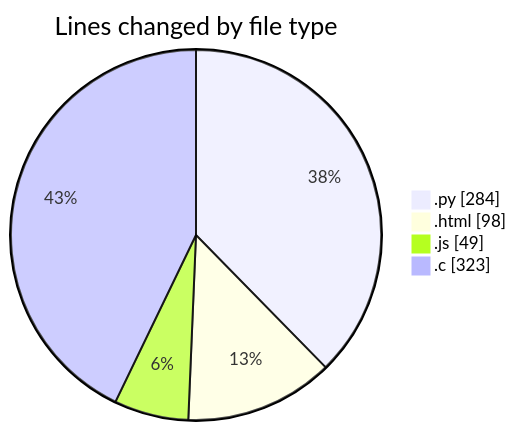
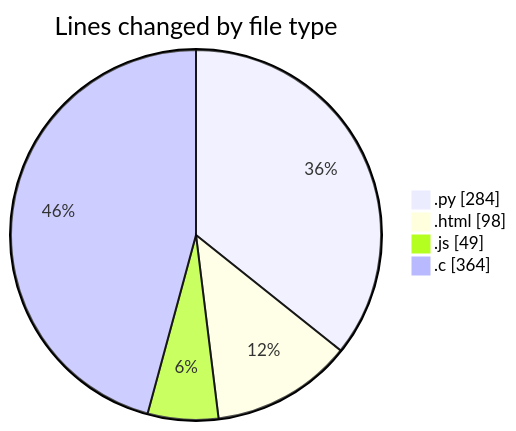
One commit to Ritupan-Deka/code-tracking changed the first of 2 diagrams in 2025-01-21/projects/README.md. Above: the diagram before and after it, drawn with Mermaid. The commit also changed other lines of this file and 1 other file, not shown here.

````diff
--- a/2025-01-21/projects/README.md
+++ b/2025-01-21/projects/README.md
@@ -31,8 +31,8 @@
 ```mermaid
 pie showData
 title Lines changed by file type
 ".py" : 284
 ".html" : 98
 ".js" : 49
-".c" : 323
+".c" : 364
 ```
````
